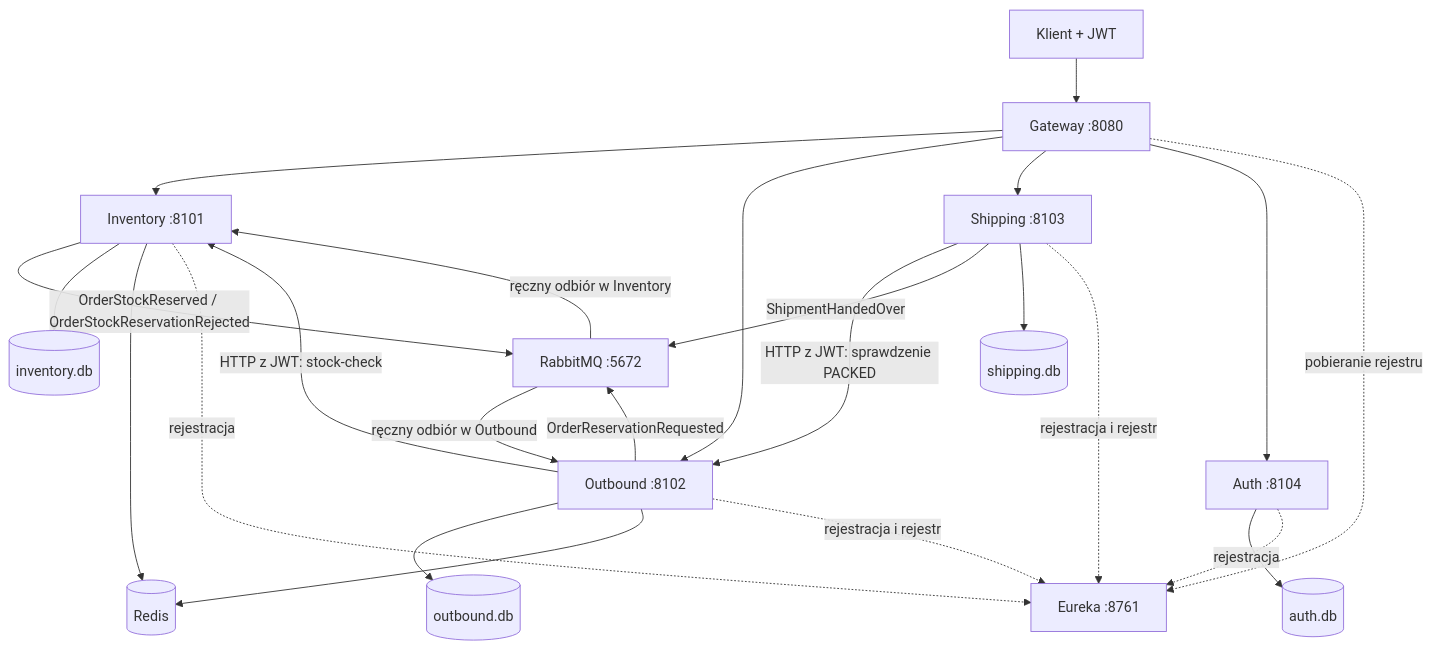
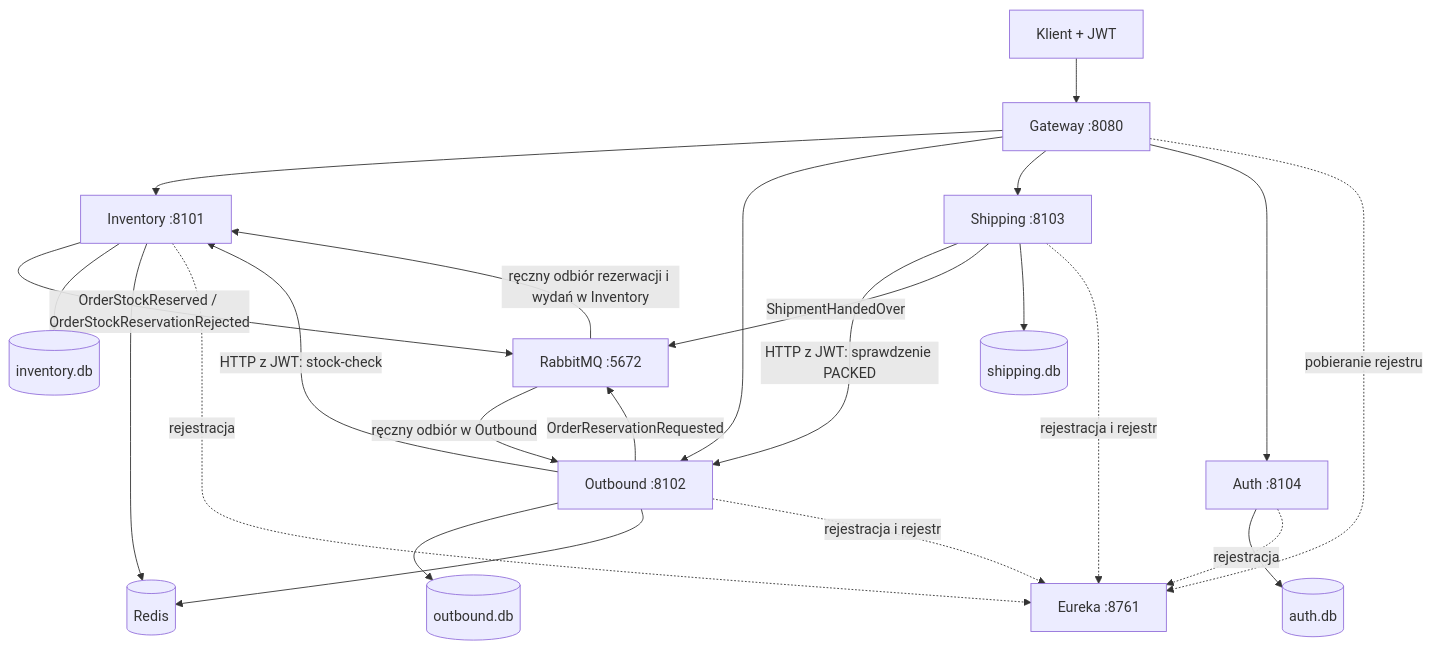
Before and after one commit to M3T1X1/web_microservices: the second of 5 diagrams in README.md, drawn with Mermaid. The commit also changed other lines of this file and 19 other files, not shown here.

````diff
--- a/README.md
+++ b/README.md
@@ -245,26 +259,26 @@
 ```mermaid
 flowchart TB
     C[Klient + JWT] --> G[Gateway :8080]
     G --> I[Inventory :8101]
     G --> O[Outbound :8102]
     G --> S[Shipping :8103]
     G --> A[Auth :8104]
     O -->|HTTP z JWT: stock-check| I
     S -->|HTTP z JWT: sprawdzenie PACKED| O
     S -->|ShipmentHandedOver| B[RabbitMQ :5672]
     B -->|ręczny odbiór w Outbound| O
     O -->|OrderReservationRequested| B
-    B -->|ręczny odbiór w Inventory| I
+    B -->|ręczny odbiór rezerwacji i wydań w Inventory| I
     I -->|OrderStockReserved / OrderStockReservationRejected| B
     I --> ID[(inventory.db)]
     O --> OD[(outbound.db)]
     S --> SD[(shipping.db)]
     A --> AD[(auth.db)]
     I --> R[(Redis)]
     O --> R
     G -. pobieranie rejestru .-> E[Eureka :8761]
     I -. rejestracja .-> E
     O -. rejestracja i rejestr .-> E
     S -. rejestracja i rejestr .-> E
     A -. rejestracja .-> E
 ```
````
